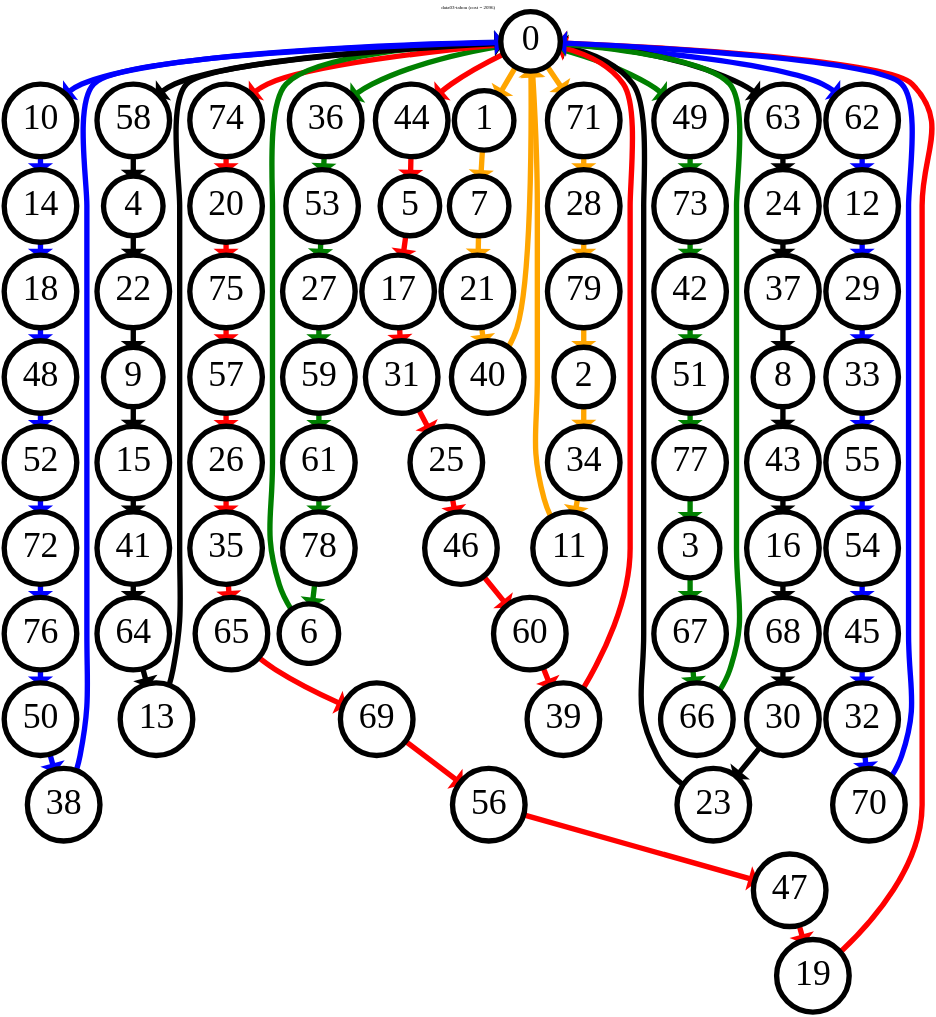
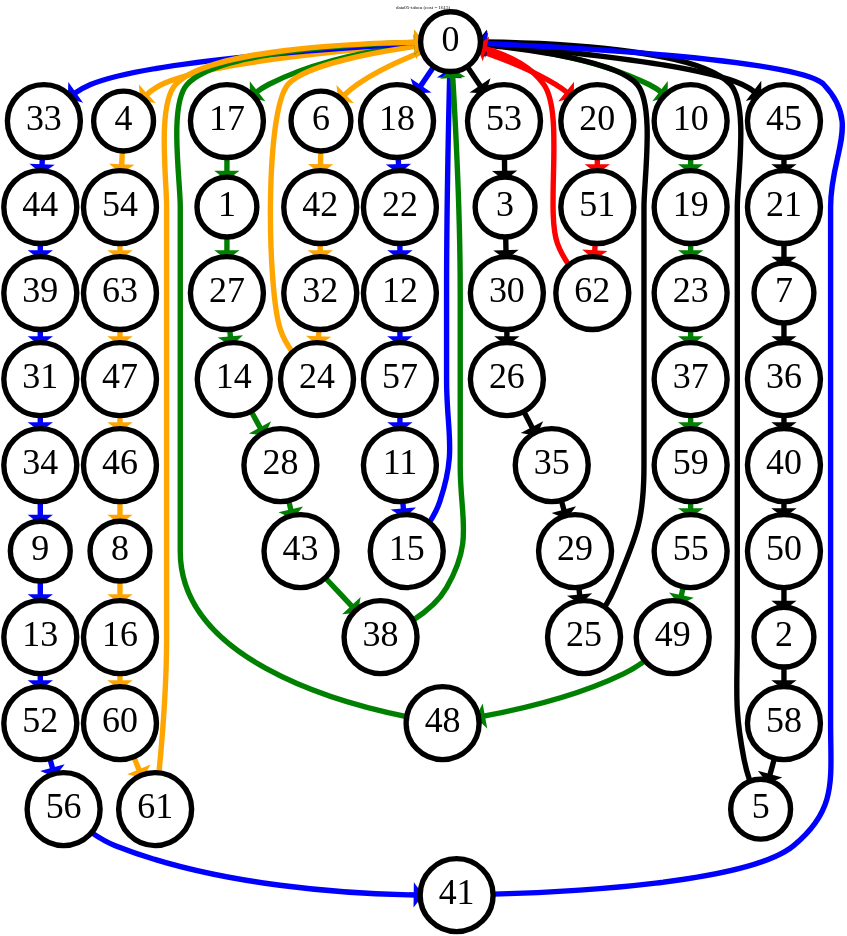
The diagram in graphviz/tmp.dot (Elomidas/CVRP), drawn with Graphviz before and after one commit. The commit also changed 9 other files, not shown here.

```diff
--- a/graphviz/tmp.dot
+++ b/graphviz/tmp.dot
@@ -1,176 +1,143 @@
 digraph g {
 labelloc="t";
-label="data03-tabou (cost = 2096)";
+label="data05-tabou (cost = 1615)";
 margin="3,3!";
 outputorder="edgesfirst";
 node [fontsize = 100, shape=circle, fillcolor=white, style=filled];
-0 [pos = "92,92!", penwidth=15];
-1 [pos = "88,58!", penwidth=15];
-2 [pos = "70,6!", penwidth=15];
-3 [pos = "57,59!", penwidth=15];
-4 [pos = "0,98!", penwidth=15];
-5 [pos = "61,38!", penwidth=15];
-6 [pos = "65,22!", penwidth=15];
-7 [pos = "91,52!", penwidth=15];
-8 [pos = "59,2!", penwidth=15];
-9 [pos = "3,54!", penwidth=15];
-10 [pos = "95,38!", penwidth=15];
-11 [pos = "80,28!", penwidth=15];
-12 [pos = "66,42!", penwidth=15];
-13 [pos = "79,74!", penwidth=15];
-14 [pos = "99,25!", penwidth=15];
-15 [pos = "20,43!", penwidth=15];
-16 [pos = "40,3!", penwidth=15];
-17 [pos = "50,42!", penwidth=15];
-18 [pos = "97,0!", penwidth=15];
-19 [pos = "21,19!", penwidth=15];
-20 [pos = "36,21!", penwidth=15];
-21 [pos = "100,61!", penwidth=15];
-22 [pos = "11,85!", penwidth=15];
-23 [pos = "69,35!", penwidth=15];
-24 [pos = "69,22!", penwidth=15];
-25 [pos = "29,35!", penwidth=15];
-26 [pos = "14,9!", penwidth=15];
-27 [pos = "50,33!", penwidth=15];
-28 [pos = "89,17!", penwidth=15];
-29 [pos = "57,44!", penwidth=15];
-30 [pos = "60,25!", penwidth=15];
-31 [pos = "48,42!", penwidth=15];
-32 [pos = "17,93!", penwidth=15];
-33 [pos = "21,50!", penwidth=15];
-34 [pos = "77,18!", penwidth=15];
-35 [pos = "2,4!", penwidth=15];
-36 [pos = "63,83!", penwidth=15];
-37 [pos = "68,6!", penwidth=15];
-38 [pos = "41,95!", penwidth=15];
-39 [pos = "48,54!", penwidth=15];
-40 [pos = "98,73!", penwidth=15];
-41 [pos = "26,38!", penwidth=15];
-42 [pos = "69,76!", penwidth=15];
-43 [pos = "40,1!", penwidth=15];
-44 [pos = "65,41!", penwidth=15];
-45 [pos = "14,86!", penwidth=15];
-46 [pos = "32,39!", penwidth=15];
-47 [pos = "14,24!", penwidth=15];
-48 [pos = "96,5!", penwidth=15];
-49 [pos = "82,98!", penwidth=15];
-50 [pos = "23,85!", penwidth=15];
-51 [pos = "63,69!", penwidth=15];
-52 [pos = "87,19!", penwidth=15];
-53 [pos = "56,75!", penwidth=15];
-54 [pos = "15,63!", penwidth=15];
-55 [pos = "10,45!", penwidth=15];
-56 [pos = "7,30!", penwidth=15];
-57 [pos = "31,11!", penwidth=15];
-58 [pos = "36,93!", penwidth=15];
-59 [pos = "50,31!", penwidth=15];
-60 [pos = "49,52!", penwidth=15];
-61 [pos = "39,10!", penwidth=15];
-62 [pos = "76,40!", penwidth=15];
-63 [pos = "83,34!", penwidth=15];
-64 [pos = "33,51!", penwidth=15];
-65 [pos = "0,15!", penwidth=15];
-66 [pos = "52,82!", penwidth=15];
-67 [pos = "52,82!", penwidth=15];
-68 [pos = "46,6!", penwidth=15];
-69 [pos = "3,26!", penwidth=15];
-70 [pos = "46,80!", penwidth=15];
-71 [pos = "94,30!", penwidth=15];
-72 [pos = "26,76!", penwidth=15];
-73 [pos = "75,92!", penwidth=15];
-74 [pos = "57,51!", penwidth=15];
-75 [pos = "34,21!", penwidth=15];
-76 [pos = "28,80!", penwidth=15];
-77 [pos = "59,66!", penwidth=15];
-78 [pos = "51,16!", penwidth=15];
-79 [pos = "87,11!", penwidth=15];
-0->62 [color=blue, penwidth=15];
-62->12 [color=blue, penwidth=15];
-12->29 [color=blue, penwidth=15];
-29->33 [color=blue, penwidth=15];
-33->55 [color=blue, penwidth=15];
-55->54 [color=blue, penwidth=15];
-54->45 [color=blue, penwidth=15];
-45->32 [color=blue, penwidth=15];
-32->70 [color=blue, penwidth=15];
-70->0 [color=blue, penwidth=15];
-0->44 [color=red, penwidth=15];
-44->5 [color=red, penwidth=15];
-5->17 [color=red, penwidth=15];
-17->31 [color=red, penwidth=15];
-31->25 [color=red, penwidth=15];
-25->46 [color=red, penwidth=15];
-46->60 [color=red, penwidth=15];
-60->39 [color=red, penwidth=15];
-39->0 [color=red, penwidth=15];
-0->58 [color=black, penwidth=15];
-58->4 [color=black, penwidth=15];
-4->22 [color=black, penwidth=15];
-22->9 [color=black, penwidth=15];
-9->15 [color=black, penwidth=15];
-15->41 [color=black, penwidth=15];
-41->64 [color=black, penwidth=15];
-64->13 [color=black, penwidth=15];
-13->0 [color=black, penwidth=15];
-0->49 [color=green, penwidth=15];
-49->73 [color=green, penwidth=15];
-73->42 [color=green, penwidth=15];
-42->51 [color=green, penwidth=15];
-51->77 [color=green, penwidth=15];
-77->3 [color=green, penwidth=15];
-3->67 [color=green, penwidth=15];
-67->66 [color=green, penwidth=15];
-66->0 [color=green, penwidth=15];
-0->71 [color=orange, penwidth=15];
-71->28 [color=orange, penwidth=15];
-28->79 [color=orange, penwidth=15];
-79->2 [color=orange, penwidth=15];
-2->34 [color=orange, penwidth=15];
-34->11 [color=orange, penwidth=15];
-11->0 [color=orange, penwidth=15];
-0->10 [color=blue, penwidth=15];
-10->14 [color=blue, penwidth=15];
-14->18 [color=blue, penwidth=15];
-18->48 [color=blue, penwidth=15];
-48->52 [color=blue, penwidth=15];
-52->72 [color=blue, penwidth=15];
-72->76 [color=blue, penwidth=15];
-76->50 [color=blue, penwidth=15];
-50->38 [color=blue, penwidth=15];
-38->0 [color=blue, penwidth=15];
-0->74 [color=red, penwidth=15];
-74->20 [color=red, penwidth=15];
-20->75 [color=red, penwidth=15];
-75->57 [color=red, penwidth=15];
-57->26 [color=red, penwidth=15];
-26->35 [color=red, penwidth=15];
-35->65 [color=red, penwidth=15];
-65->69 [color=red, penwidth=15];
-69->56 [color=red, penwidth=15];
-56->47 [color=red, penwidth=15];
-47->19 [color=red, penwidth=15];
-19->0 [color=red, penwidth=15];
-0->63 [color=black, penwidth=15];
-63->24 [color=black, penwidth=15];
-24->37 [color=black, penwidth=15];
-37->8 [color=black, penwidth=15];
-8->43 [color=black, penwidth=15];
-43->16 [color=black, penwidth=15];
-16->68 [color=black, penwidth=15];
-68->30 [color=black, penwidth=15];
-30->23 [color=black, penwidth=15];
-23->0 [color=black, penwidth=15];
-0->36 [color=green, penwidth=15];
-36->53 [color=green, penwidth=15];
-53->27 [color=green, penwidth=15];
-27->59 [color=green, penwidth=15];
-59->61 [color=green, penwidth=15];
-61->78 [color=green, penwidth=15];
-78->6 [color=green, penwidth=15];
-6->0 [color=green, penwidth=15];
-0->1 [color=orange, penwidth=15];
-1->7 [color=orange, penwidth=15];
-7->21 [color=orange, penwidth=15];
-21->40 [color=orange, penwidth=15];
-40->0 [color=orange, penwidth=15];
+0 [pos = "97,33!", penwidth=15];
+1 [pos = "57,81!", penwidth=15];
+2 [pos = "1,33!", penwidth=15];
+3 [pos = "55,57!", penwidth=15];
+4 [pos = "29,37!", penwidth=15];
+5 [pos = "21,39!", penwidth=15];
+6 [pos = "93,37!", penwidth=15];
+7 [pos = "5,91!", penwidth=15];
+8 [pos = "25,11!", penwidth=15];
+9 [pos = "47,37!", penwidth=15];
+10 [pos = "87,25!", penwidth=15];
+11 [pos = "67,65!", penwidth=15];
+12 [pos = "71,89!", penwidth=15];
+13 [pos = "67,15!", penwidth=15];
+14 [pos = "45,79!", penwidth=15];
+15 [pos = "71,57!", penwidth=15];
+16 [pos = "29,1!", penwidth=15];
+17 [pos = "59,79!", penwidth=15];
+18 [pos = "93,83!", penwidth=15];
+19 [pos = "47,41!", penwidth=15];
+20 [pos = "51,41!", penwidth=15];
+21 [pos = "23,93!", penwidth=15];
+22 [pos = "87,95!", penwidth=15];
+23 [pos = "39,45!", penwidth=15];
+24 [pos = "45,7!", penwidth=15];
+25 [pos = "85,51!", penwidth=15];
+26 [pos = "35,93!", penwidth=15];
+27 [pos = "47,79!", penwidth=15];
+28 [pos = "59,91!", penwidth=15];
+29 [pos = "83,51!", penwidth=15];
+30 [pos = "49,65!", penwidth=15];
+31 [pos = "21,55!", penwidth=15];
+32 [pos = "51,21!", penwidth=15];
+33 [pos = "69,43!", penwidth=15];
+34 [pos = "37,41!", penwidth=15];
+35 [pos = "37,95!", penwidth=15];
+36 [pos = "5,71!", penwidth=15];
+37 [pos = "37,47!", penwidth=15];
+38 [pos = "83,73!", penwidth=15];
+39 [pos = "17,71!", penwidth=15];
+40 [pos = "5,71!", penwidth=15];
+41 [pos = "81,17!", penwidth=15];
+42 [pos = "59,33!", penwidth=15];
+43 [pos = "63,87!", penwidth=15];
+44 [pos = "21,77!", penwidth=15];
+45 [pos = "71,51!", penwidth=15];
+46 [pos = "21,17!", penwidth=15];
+47 [pos = "9,7!", penwidth=15];
+48 [pos = "65,43!", penwidth=15];
+49 [pos = "25,63!", penwidth=15];
+50 [pos = "13,57!", penwidth=15];
+51 [pos = "47,43!", penwidth=15];
+52 [pos = "77,9!", penwidth=15];
+53 [pos = "57,55!", penwidth=15];
+54 [pos = "21,33!", penwidth=15];
+55 [pos = "27,59!", penwidth=15];
+56 [pos = "83,9!", penwidth=15];
+57 [pos = "63,69!", penwidth=15];
+58 [pos = "9,35!", penwidth=15];
+59 [pos = "25,55!", penwidth=15];
+60 [pos = "33,3!", penwidth=15];
+61 [pos = "53,11!", penwidth=15];
+62 [pos = "51,49!", penwidth=15];
+63 [pos = "9,23!", penwidth=15];
+0->33 [color=blue, penwidth=15];
+33->44 [color=blue, penwidth=15];
+44->39 [color=blue, penwidth=15];
+39->31 [color=blue, penwidth=15];
+31->34 [color=blue, penwidth=15];
+34->9 [color=blue, penwidth=15];
+9->13 [color=blue, penwidth=15];
+13->52 [color=blue, penwidth=15];
+52->56 [color=blue, penwidth=15];
+56->41 [color=blue, penwidth=15];
+41->0 [color=blue, penwidth=15];
+0->45 [color=black, penwidth=15];
+45->21 [color=black, penwidth=15];
+21->7 [color=black, penwidth=15];
+7->36 [color=black, penwidth=15];
+36->40 [color=black, penwidth=15];
+40->50 [color=black, penwidth=15];
+50->2 [color=black, penwidth=15];
+2->58 [color=black, penwidth=15];
+58->5 [color=black, penwidth=15];
+5->0 [color=black, penwidth=15];
+0->10 [color=green, penwidth=15];
+10->19 [color=green, penwidth=15];
+19->23 [color=green, penwidth=15];
+23->37 [color=green, penwidth=15];
+37->59 [color=green, penwidth=15];
+59->55 [color=green, penwidth=15];
+55->49 [color=green, penwidth=15];
+49->48 [color=green, penwidth=15];
+48->0 [color=green, penwidth=15];
+0->4 [color=orange, penwidth=15];
+4->54 [color=orange, penwidth=15];
+54->63 [color=orange, penwidth=15];
+63->47 [color=orange, penwidth=15];
+47->46 [color=orange, penwidth=15];
+46->8 [color=orange, penwidth=15];
+8->16 [color=orange, penwidth=15];
+16->60 [color=orange, penwidth=15];
+60->61 [color=orange, penwidth=15];
+61->0 [color=orange, penwidth=15];
+0->18 [color=blue, penwidth=15];
+18->22 [color=blue, penwidth=15];
+22->12 [color=blue, penwidth=15];
+12->57 [color=blue, penwidth=15];
+57->11 [color=blue, penwidth=15];
+11->15 [color=blue, penwidth=15];
+15->0 [color=blue, penwidth=15];
+0->20 [color=red, penwidth=15];
+20->51 [color=red, penwidth=15];
+51->62 [color=red, penwidth=15];
+62->0 [color=red, penwidth=15];
+0->53 [color=black, penwidth=15];
+53->3 [color=black, penwidth=15];
+3->30 [color=black, penwidth=15];
+30->26 [color=black, penwidth=15];
+26->35 [color=black, penwidth=15];
+35->29 [color=black, penwidth=15];
+29->25 [color=black, penwidth=15];
+25->0 [color=black, penwidth=15];
+0->17 [color=green, penwidth=15];
+17->1 [color=green, penwidth=15];
+1->27 [color=green, penwidth=15];
+27->14 [color=green, penwidth=15];
+14->28 [color=green, penwidth=15];
+28->43 [color=green, penwidth=15];
+43->38 [color=green, penwidth=15];
+38->0 [color=green, penwidth=15];
+0->6 [color=orange, penwidth=15];
+6->42 [color=orange, penwidth=15];
+42->32 [color=orange, penwidth=15];
+32->24 [color=orange, penwidth=15];
+24->0 [color=orange, penwidth=15];
 }
```
